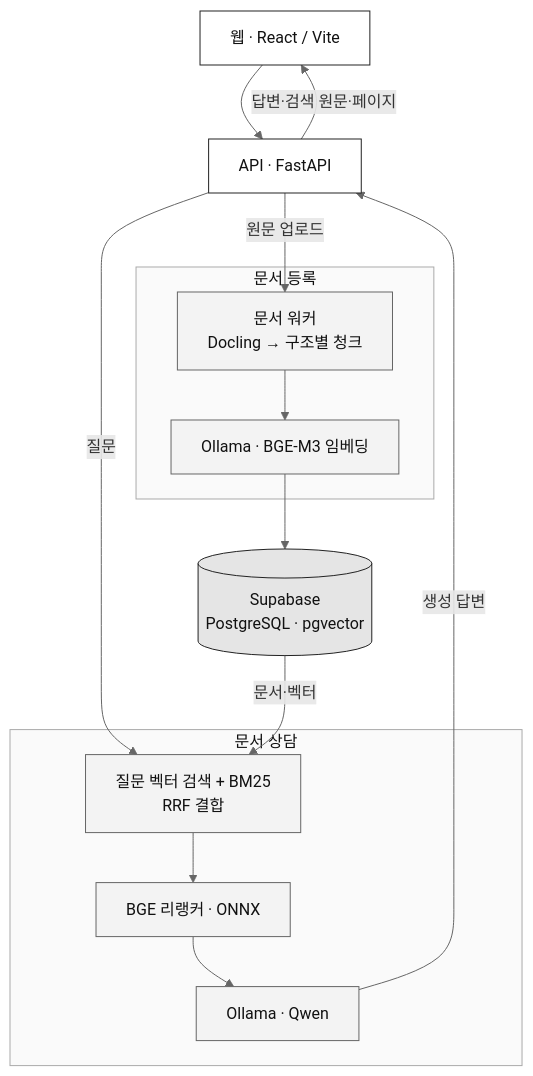
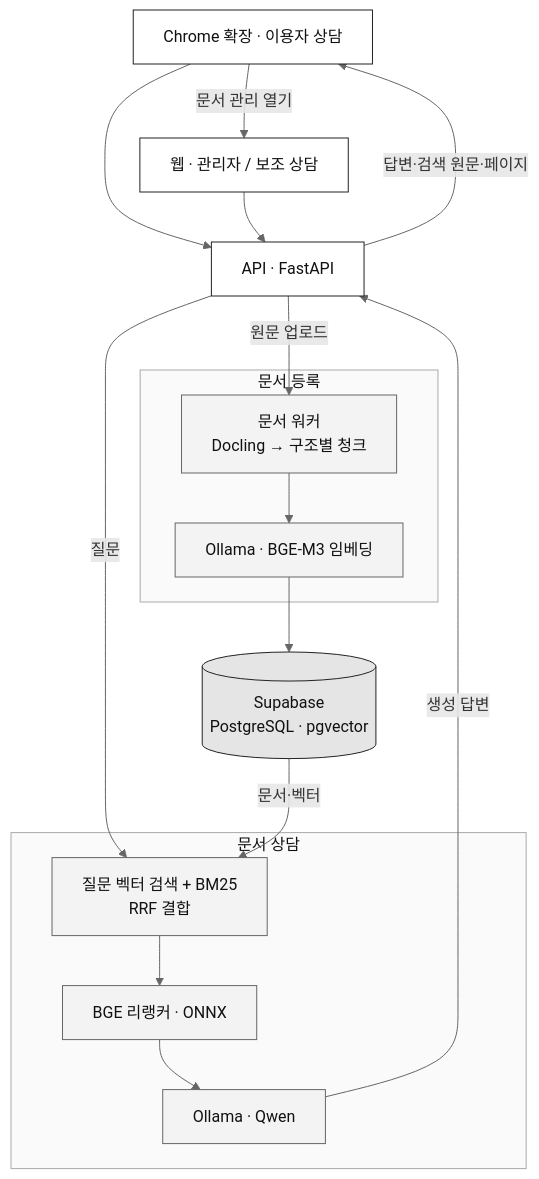
Before and after one commit to jehee826/welfare_helper: the diagram in README.md, drawn with Mermaid. The commit also changed other lines of this file and 10 other files, not shown here.

````diff
--- a/README.md
+++ b/README.md
@@ -49,26 +53,28 @@
 ```mermaid
 flowchart TB
-    Web["웹 · React / Vite"] --> API["API · FastAPI"]
+    Extension["Chrome 확장 · 이용자 상담"] --> API["API · FastAPI"]
+    Extension -->|문서 관리 열기| Web["웹 · 관리자 / 보조 상담"]
+    Web --> API
     subgraph Ingest["문서 등록"]
         Worker["문서 워커<br/>Docling → 구조별 청크"] --> Embed["Ollama · BGE-M3 임베딩"]
     end
     API -->|원문 업로드| Worker
     Embed --> DB[("Supabase<br/>PostgreSQL · pgvector")]
     subgraph QA["문서 상담"]
         Search["질문 벡터 검색 + BM25<br/>RRF 결합"] --> Rank["BGE 리랭커 · ONNX"]
         Rank --> LLM["Ollama · Qwen"]
     end
     API -->|질문| Search
     DB -->|문서·벡터| Search
     LLM -->|생성 답변| API
-    API -->|답변·검색 원문·페이지| Web
+    API -->|답변·검색 원문·페이지| Extension
     classDef ui fill:#fff,stroke:#222,color:#111
     classDef process fill:#f3f3f3,stroke:#666,color:#111
     classDef store fill:#e5e5e5,stroke:#222,color:#111
-    class Web,API ui
+    class Extension,Web,API ui
     class Worker,Embed,Search,Rank,LLM process
     class DB store
     style Ingest fill:#fafafa,stroke:#aaa,color:#111
     style QA fill:#fafafa,stroke:#aaa,color:#111
     linkStyle default stroke:#666
 ```
````
